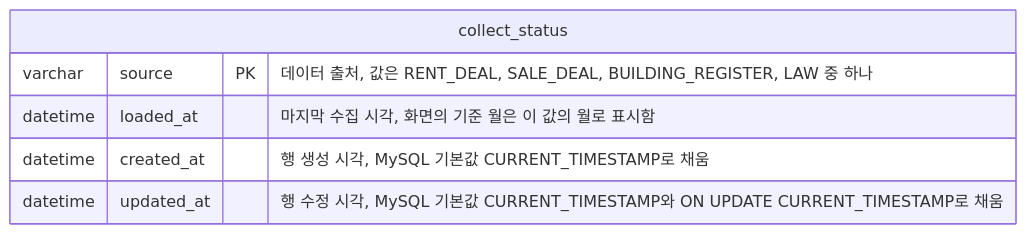
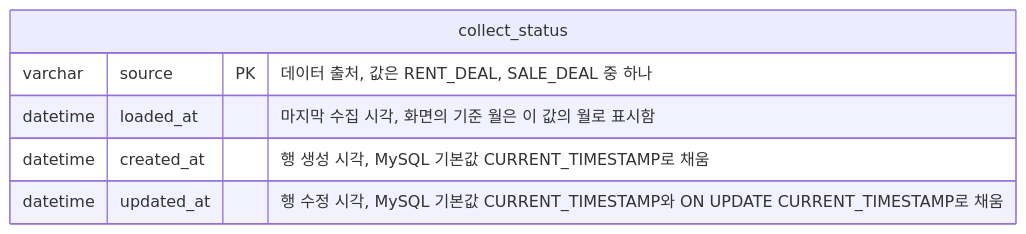
Before and after one commit to f-lab-edu/jipsee: the fourth of 4 diagrams in docs/erd.md, drawn with Mermaid. The commit also changed other lines of this file, not shown here.

Commit message:
docs: erd.md 수정 > 1단계 외 테이블 삭제, 거래 묶음과 인덱스 추가

````diff
--- a/docs/erd.md
+++ b/docs/erd.md
@@ -346,9 +97,9 @@
 ```mermaid
 erDiagram
     collect_status {
-        varchar source PK "데이터 출처, 값은 RENT_DEAL, SALE_DEAL, BUILDING_REGISTER, LAW 중 하나"
+        varchar source PK "데이터 출처, 값은 RENT_DEAL, SALE_DEAL 중 하나"
         datetime loaded_at "마지막 수집 시각, 화면의 기준 월은 이 값의 월로 표시함"
         datetime created_at "행 생성 시각, MySQL 기본값 CURRENT_TIMESTAMP로 채움"
         datetime updated_at "행 수정 시각, MySQL 기본값 CURRENT_TIMESTAMP와 ON UPDATE CURRENT_TIMESTAMP로 채움"
     }
 ```
````
